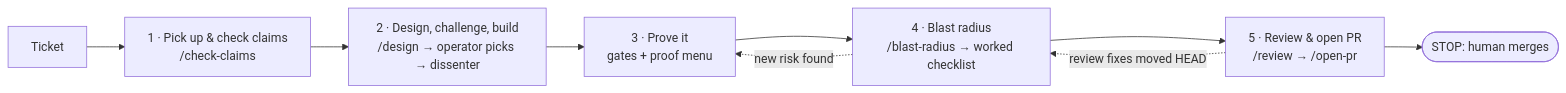
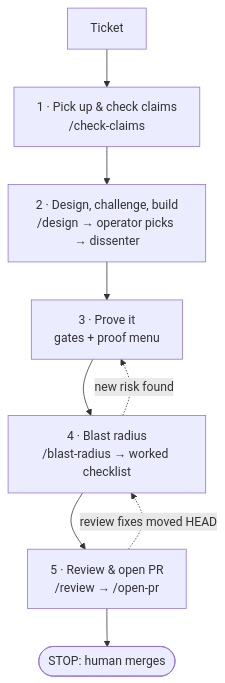
One commit to J0r33/agentic-workflow changed the diagram in README.md. Above: the diagram before and after it, drawn with Mermaid.

Commit message:
docs: stack the ticket-flow diagram vertically so it stays readable

````diff
--- a/README.md
+++ b/README.md
@@ -22,11 +22,11 @@
 ```mermaid
-flowchart LR
+flowchart TB
     T[Ticket] --> B1["1 · Pick up &amp; check claims<br/>/check-claims"]
     B1 --> B2["2 · Design, challenge, build<br/>/design → operator picks → dissenter"]
     B2 --> B3["3 · Prove it<br/>gates + proof menu"]
     B3 --> B4["4 · Blast radius<br/>/blast-radius → worked checklist"]
     B4 --> B5["5 · Review &amp; open PR<br/>/review → /open-pr"]
     B5 --> STOP(["STOP: human merges"])
     B4 -. new risk found .-> B3
     B5 -. review fixes moved HEAD .-> B4
 ```
````
